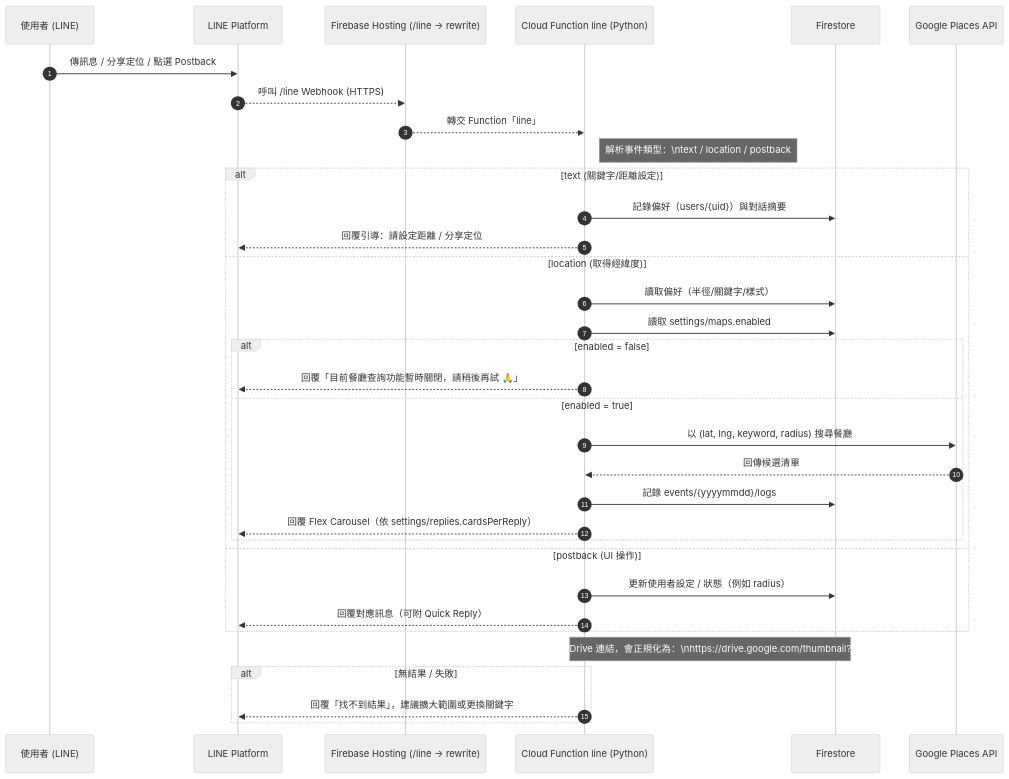
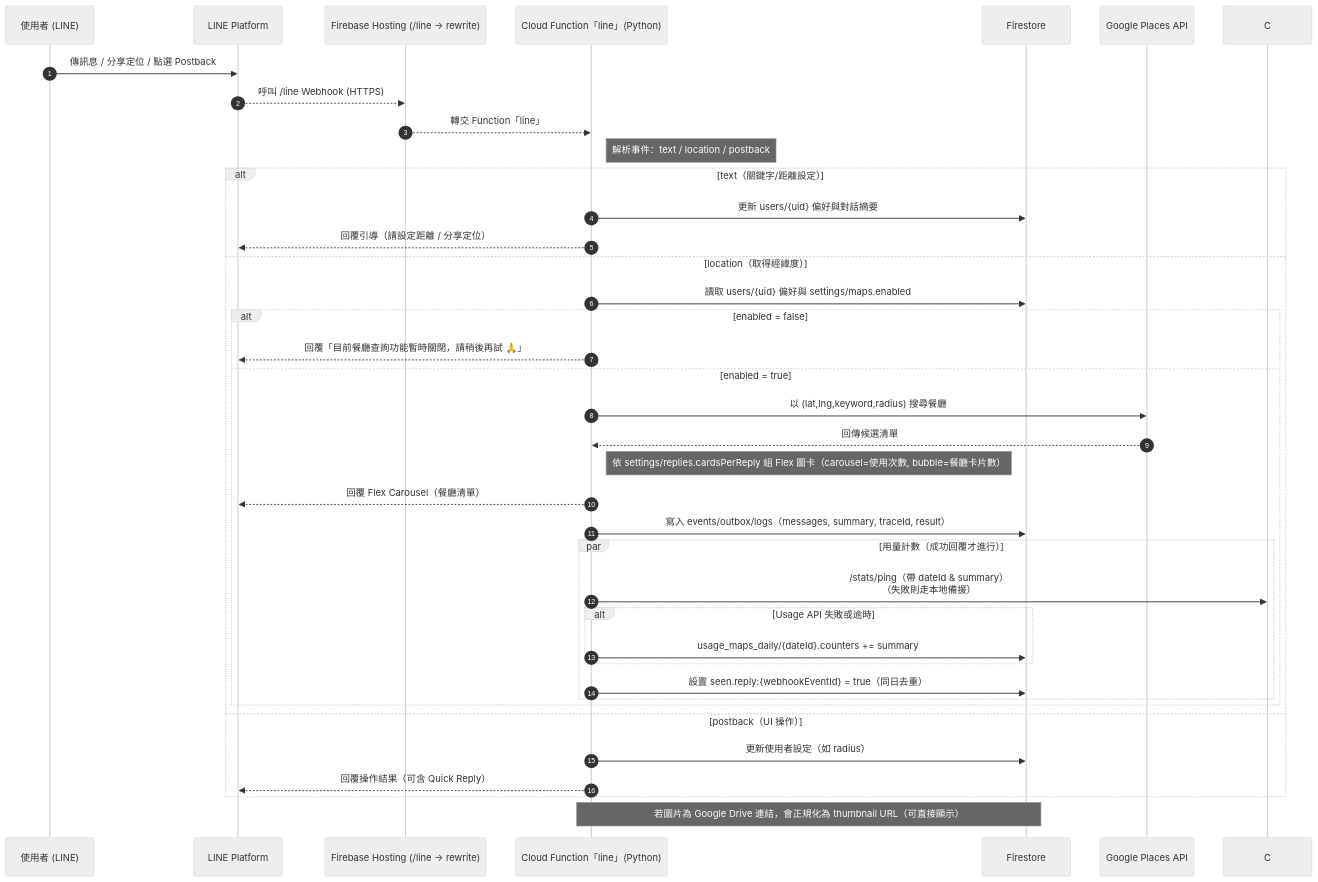
One commit to blueskycm/what-to-eat-now changed the diagram in README.md. Above: the diagram before and after it, drawn with Mermaid (neutral theme). The commit also changed other lines of this file, not shown here.

````diff
--- a/README.md
+++ b/README.md
@@ -144,41 +193,46 @@
 ```mermaid
 sequenceDiagram
     autonumber
     participant U as 使用者 (LINE)
     participant L as LINE Platform
-    participant H as Firebase Hosting (/line -> rewrite)
-    participant F as Cloud Function line (Python)
+    participant H as Firebase Hosting (/line → rewrite)
+    participant F as Cloud Function「line」(Python)
     participant FS as Firestore
     participant GP as Google Places API
+    participant CR as C# Usage API (Cloud Run)
 
     U->>L: 傳訊息 / 分享定位 / 點選 Postback
     L-->>H: 呼叫 /line Webhook (HTTPS)
     H-->>F: 轉交 Function「line」
 
-    Note right of F: 解析事件類型：\ntext / location / postback
+    Note right of F: 解析事件：text / location / postback
 
-    alt text (關鍵字/距離設定)
-      F->>FS: 記錄偏好（users/{uid}）與對話摘要
-      F-->>L: 回覆引導：請設定距離 / 分享定位
-    else location (取得經緯度)
-      F->>FS: 讀取偏好（半徑/關鍵字/樣式）
-      F->>FS: 讀取 settings/maps.enabled
+    alt text（關鍵字/距離設定）
+      F->>FS: 更新 users/{uid} 偏好與對話摘要
+      F-->>L: 回覆引導（請設定距離 / 分享定位）
+    else location（取得經緯度）
+      F->>FS: 讀取 users/{uid} 偏好與 settings/maps.enabled
       alt enabled = false
         F-->>L: 回覆「目前餐廳查詢功能暫時關閉，請稍後再試 🙏」
       else enabled = true
-        F->>GP: 以 (lat, lng, keyword, radius) 搜尋餐廳
+        F->>GP: 以 (lat,lng,keyword,radius) 搜尋餐廳
         GP-->>F: 回傳候選清單
-        F->>FS: 記錄 events/{yyyymmdd}/logs
-        F-->>L: 回覆 Flex Carousel（依 settings/replies.cardsPerReply）
+        Note right of F: 依 settings/replies.cardsPerReply 組 Flex 圖卡（carousel=使用次數, bubble=餐廳卡片數）
+        F-->>L: 回覆 Flex Carousel（餐廳清單）
+        F->>FS: 寫入 events/outbox/logs（messages, summary, traceId, result）
+        par 用量計數（成功回覆才進行）
+          F->>CR: /stats/ping（帶 dateId & summary）<br/>（失敗則走本地備援）
+          alt Usage API 失敗或逾時
+            F->>FS: usage_maps_daily/{dateId}.counters += summary
+          end
+          F->>FS: 設置 seen.reply:{webhookEventId} = true（同日去重）
+        end
       end
-    else postback (UI 操作)
-      F->>FS: 更新使用者設定 / 狀態（例如 radius）
-      F-->>L: 回覆對應訊息（可附 Quick Reply）
+    else postback（UI 操作）
+      F->>FS: 更新使用者設定（如 radius）
+      F-->>L: 回覆操作結果（可含 Quick Reply）
     end
 
-    Note over F,FS: 若圖片為 Google Drive 連結，會正規化為：\nhttps://drive.google.com/thumbnail?id=...&sz=w1200
+    Note over F,FS: 若圖片為 Google Drive 連結，會正規化為 thumbnail URL（可直接顯示）
 
-    alt 無結果 / 失敗
-      F-->>L: 回覆「找不到結果」，建議擴大範圍或更換關鍵字
-    end
 ```
````
